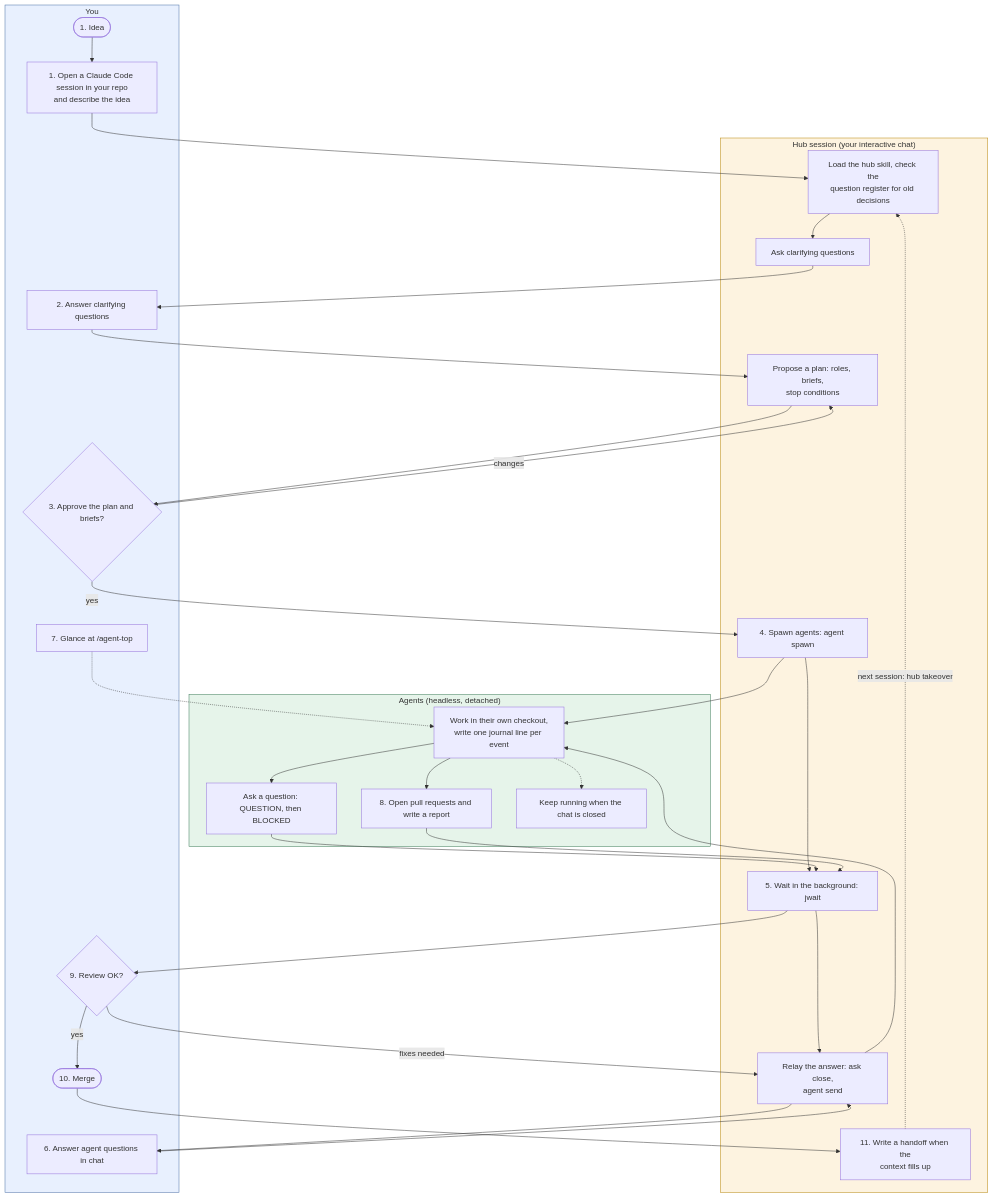
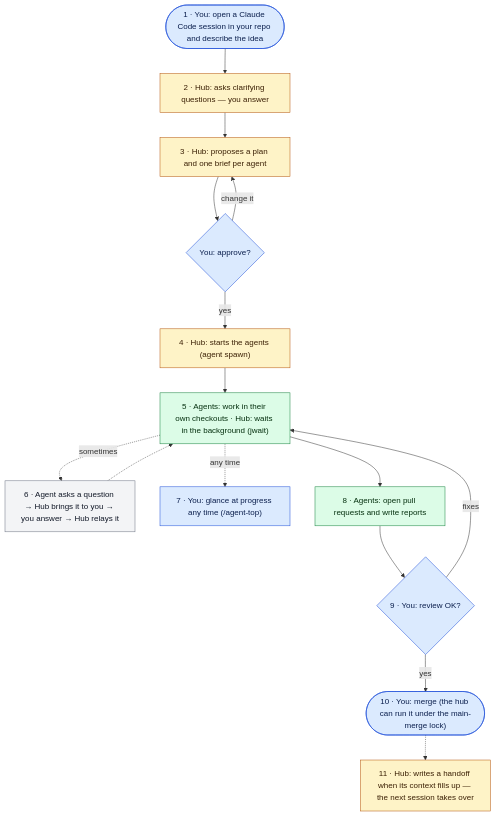
The diagram in docs/getting-started.md (ilya-kozyrev/claude-agent-hub), drawn with Mermaid before and after one commit. The commit also changed other lines of this file, not shown here.

Commit message:
docs(getting-started): one linear flow diagram readable in dark mode; real question ids

````diff
--- a/docs/getting-started.md
+++ b/docs/getting-started.md
@@ -13,49 +13,33 @@
 ```mermaid
 flowchart TB
-    subgraph you["You"]
-        y1(["1. Idea"])
-        y2["1. Open a Claude Code session in your repo<br/>and describe the idea"]
-        y3["2. Answer clarifying questions"]
-        y4{"3. Approve the plan and briefs?"}
-        y5["6. Answer agent questions in chat"]
-        y6["7. Glance at /agent-top"]
-        y7{"9. Review OK?"}
-        y8(["10. Merge"])
-    end
-    subgraph hub["Hub session (your interactive chat)"]
-        h1["Load the hub skill, check the<br/>question register for old decisions"]
-        h2["Ask clarifying questions"]
-        h3["Propose a plan: roles, briefs,<br/>stop conditions"]
-        h4["4. Spawn agents: agent spawn"]
-        h5["5. Wait in the background: jwait"]
-        h6["Relay the answer: ask close,<br/>agent send"]
-        h7["11. Write a handoff when the<br/>context fills up"]
-    end
-    subgraph agents["Agents (headless, detached)"]
-        a1["Work in their own checkout,<br/>write one journal line per event"]
-        a2["Ask a question: QUESTION, then BLOCKED"]
-        a3["8. Open pull requests and write a report"]
-        a4["Keep running when the chat is closed"]
-    end
-    y1 --> y2 --> h1 --> h2 --> y3 --> h3 --> y4
-    y4 -- "changes" --> h3
-    y4 -- "yes" --> h4 --> a1
-    h4 --> h5
-    a1 --> a2 --> h5
-    h5 --> h6
-    h6 --> y5
-    y5 --> h6
-    h6 --> a1
-    y6 -.-> a1
-    a1 --> a3 --> h5
-    h5 --> y7
-    y7 -- "fixes needed" --> h6
-    y7 -- "yes" --> y8
-    y8 --> h7
-    h7 -. "next session: hub takeover" .-> h1
-    a1 -.-> a4
+    s1(["1 · You: open a Claude Code session in your repo and describe the idea"])
+    s2["2 · Hub: asks clarifying questions — you answer"]
+    s3["3 · Hub: proposes a plan and one brief per agent"]
+    s3q{"You: approve?"}
+    s4["4 · Hub: starts the agents (agent spawn)"]
+    s5["5 · Agents: work in their own checkouts · Hub: waits in the background (jwait)"]
+    s6["6 · Agent asks a question → Hub brings it to you → you answer → Hub relays it"]
+    s7["7 · You: glance at progress any time (/agent-top)"]
+    s8["8 · Agents: open pull requests and write reports"]
+    s9{"9 · You: review OK?"}
+    s10(["10 · You: merge (the hub can run it under the main-merge lock)"])
+    s11["11 · Hub: writes a handoff when its context fills up — the next session takes over"]
 
-    style you fill:#e8f0fe,stroke:#4a6fa5
-    style hub fill:#fdf3e0,stroke:#b8860b
-    style agents fill:#e6f4ea,stroke:#3b7a57
+    s1 --> s2 --> s3 --> s3q
+    s3q -- "change it" --> s3
+    s3q -- "yes" --> s4 --> s5 --> s8 --> s9
+    s5 -. "sometimes" .-> s6 -.-> s5
+    s5 -. "any time" .-> s7
+    s9 -- "fixes" --> s5
+    s9 -- "yes" --> s10
+    s10 -.-> s11
+
+    classDef you fill:#dbeafe,stroke:#1d4ed8,color:#0b1f4d
+    classDef hub fill:#fef3c7,stroke:#b45309,color:#3b2005
+    classDef agents fill:#dcfce7,stroke:#15803d,color:#05300f
+    classDef mixed fill:#f3f4f6,stroke:#6b7280,color:#111827
+    class s1,s3q,s7,s9,s10 you
+    class s2,s3,s4,s11 hub
+    class s5,s8 agents
+    class s6 mixed
 ```
````
